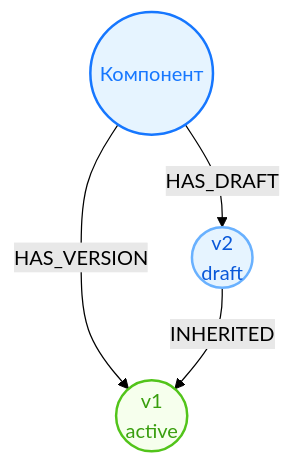
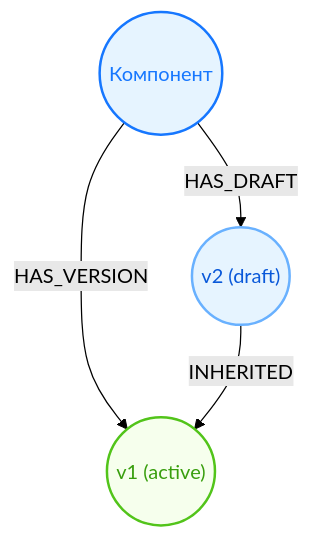
One commit to Goodzonchik/stellode changed the third of 6 diagrams in apps/frontend/public/help/guides/components.md. Above: the diagram before and after it, drawn with Mermaid (forest theme). The commit also changed other lines of this file and 9 other files, not shown here.

````diff
--- a/apps/frontend/public/help/guides/components.md
+++ b/apps/frontend/public/help/guides/components.md
@@ -55,15 +40,15 @@
 ```mermaid
 flowchart TB
   Component((Компонент))
-  CV1(("v1<br/>active"))
-  CV2(("v2<br/>draft"))
+  CV1(("v1 (active)"))
+  CV2(("v2 (draft)"))
   Component -->|HAS_VERSION| CV1
   Component -->|HAS_DRAFT| CV2
   CV2 -->|INHERITED| CV1
   classDef component fill:#E6F4FF,stroke:#1677FF,color:#1677FF,stroke-width:2px
   classDef active fill:#F6FFED,stroke:#52C41A,color:#389E0D,stroke-width:2px
   classDef draft fill:#E6F4FF,stroke:#69B1FF,color:#0958D9,stroke-width:2px
   class Component component
   class CV1 active
   class CV2 draft
 ```
````
